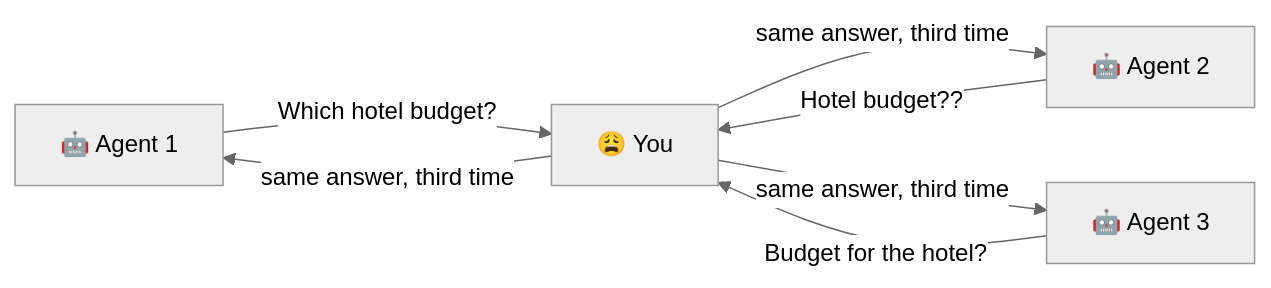
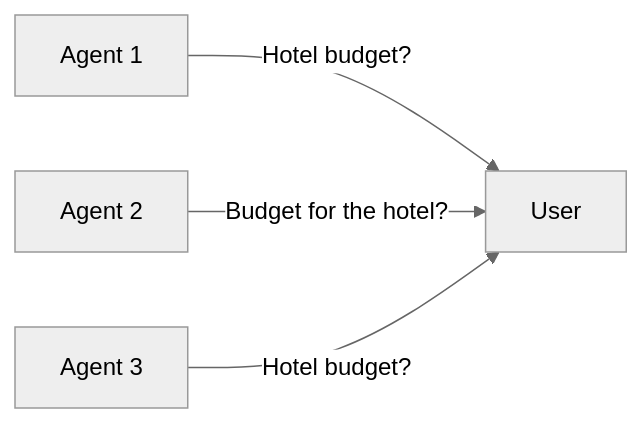
The first of 7 diagrams in README.md (KanishkNoir/SwitchBoard), drawn with Mermaid (neutral theme) before and after one commit. The commit also changed other lines of this file and 9 other files, not shown here.

````diff
--- a/README.md
+++ b/README.md
@@ -20,9 +13,6 @@
 ```mermaid
 flowchart LR
-    A[🤖 Agent 1] -->|Which hotel budget?| Y[😩 You]
-    B[🤖 Agent 2] -->|Hotel budget??| Y
-    C[🤖 Agent 3] -->|Budget for the hotel?| Y
-    Y -->|same answer, third time| A
-    Y -->|same answer, third time| B
-    Y -->|same answer, third time| C
+    A[Agent 1] -->|Hotel budget?| Y[User]
+    B[Agent 2] -->|Budget for the hotel?| Y
+    C[Agent 3] -->|Hotel budget?| Y
 ```
````
